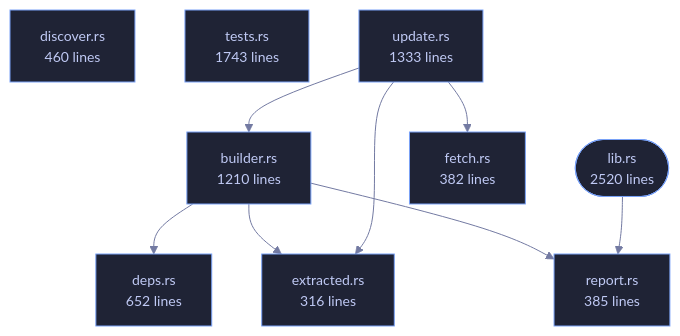
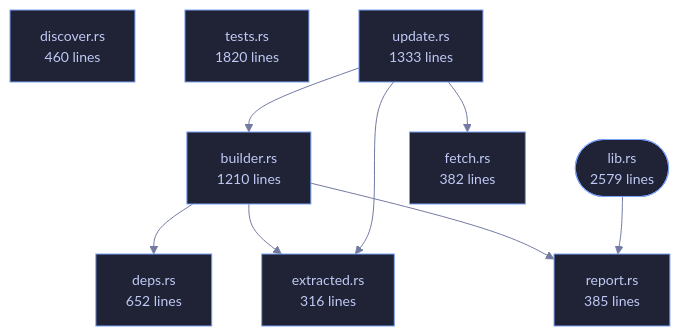
The diagram in crates/veilvoice-verify/README.md (tilas01/veilvoice), drawn with Mermaid before and after one commit. The commit also changed other lines of this file and 55 other files, not shown here.

````diff
--- a/crates/veilvoice-verify/README.md
+++ b/crates/veilvoice-verify/README.md
@@ -93,29 +93,29 @@
 ```mermaid
 %%{init: {"theme":"base","themeVariables":{"background":"#1a1b26","primaryColor":"#1f2335","primaryTextColor":"#c0caf5","primaryBorderColor":"#7aa2f7","secondaryColor":"#16161e","tertiaryColor":"#16161e","lineColor":"#737aa2","textColor":"#c0caf5","mainBkg":"#1f2335","nodeBorder":"#7aa2f7","clusterBkg":"#16161e","clusterBorder":"#2f3549","fontFamily":"ui-monospace, SFMono-Regular, Consolas, monospace","fontSize":"14px"}}}%%
 flowchart TD
-    n_lib(["lib.rs<br/>2520 lines"])
+    n_lib(["lib.rs<br/>2579 lines"])
     n_builder["builder.rs<br/>1210 lines"]
     n_deps["deps.rs<br/>652 lines"]
     n_discover["discover.rs<br/>460 lines"]
     n_extracted["extracted.rs<br/>316 lines"]
     n_fetch["fetch.rs<br/>382 lines"]
     n_report["report.rs<br/>385 lines"]
-    n_tests["tests.rs<br/>1743 lines"]
+    n_tests["tests.rs<br/>1820 lines"]
     n_update["update.rs<br/>1333 lines"]
     n_builder --> n_deps
     n_builder --> n_extracted
     n_builder --> n_report
     n_lib --> n_report
     n_update --> n_builder
     n_update --> n_extracted
     n_update --> n_fetch
     click n_lib href "https://github.com/tilas01/veilvoice/blob/main/crates/veilvoice-verify/src/lib.rs" "open the source"
     click n_builder href "https://github.com/tilas01/veilvoice/blob/main/crates/veilvoice-verify/src/builder.rs" "open the source"
     click n_deps href "https://github.com/tilas01/veilvoice/blob/main/crates/veilvoice-verify/src/deps.rs" "open the source"
     click n_discover href "https://github.com/tilas01/veilvoice/blob/main/crates/veilvoice-verify/src/discover.rs" "open the source"
     click n_extracted href "https://github.com/tilas01/veilvoice/blob/main/crates/veilvoice-verify/src/extracted.rs" "open the source"
     click n_fetch href "https://github.com/tilas01/veilvoice/blob/main/crates/veilvoice-verify/src/fetch.rs" "open the source"
     click n_report href "https://github.com/tilas01/veilvoice/blob/main/crates/veilvoice-verify/src/report.rs" "open the source"
     click n_tests href "https://github.com/tilas01/veilvoice/blob/main/crates/veilvoice-verify/src/tests.rs" "open the source"
     click n_update href "https://github.com/tilas01/veilvoice/blob/main/crates/veilvoice-verify/src/update.rs" "open the source"
 ```
````
